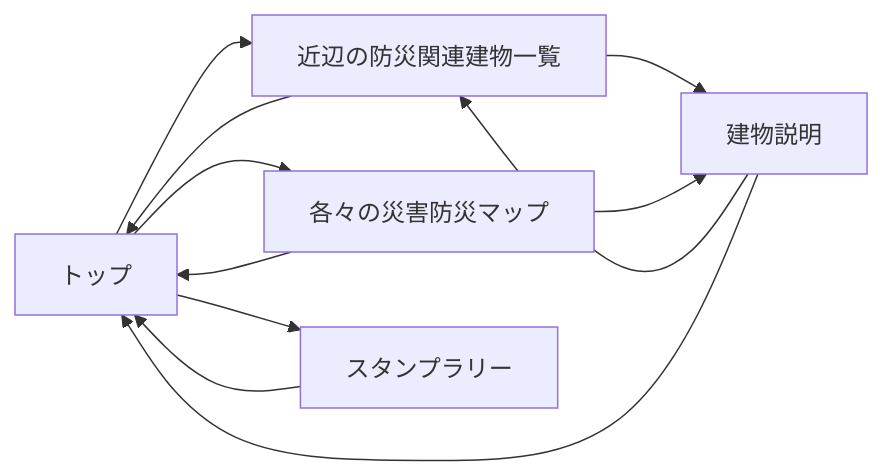
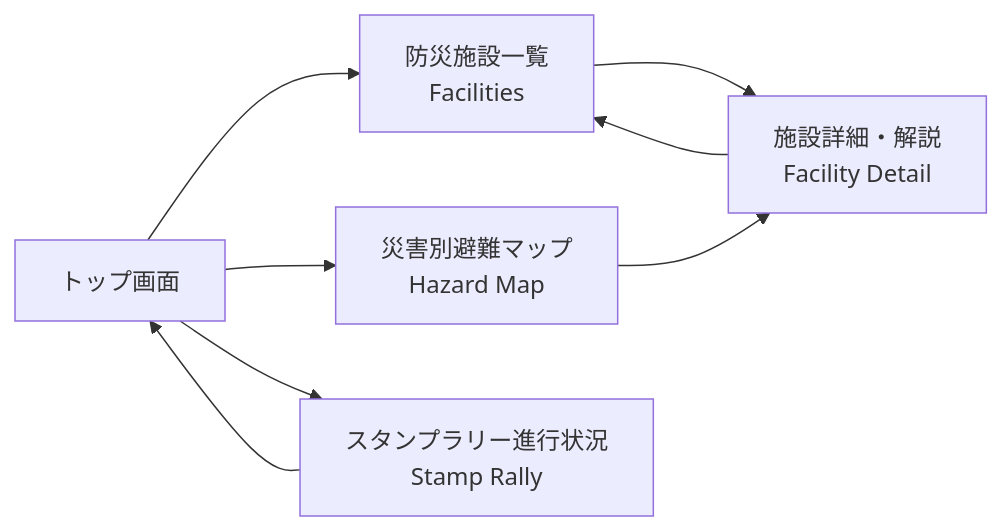
Before and after one commit to PANTHER-1112/SWEXE-Team3: the first of 2 diagrams in README.md, drawn with Mermaid. The commit also changed other lines of this file, not shown here.

````diff
--- a/README.md
+++ b/README.md
@@ -28,14 +45,12 @@
 ```mermaid
 flowchart LR
-  Top[トップ]
-  Top --> NewForm[近辺の防災関連建物一覧]
-  NewForm --> Top
-  NewForm --> BuildExplain[建物説明]
-  BuildExplain --> NewForm
-  Top --> StatusCheck[各々の災害防災マップ]
-  StatusCheck --> Top
-  StatusCheck --> BuildExplain
-  BuildExplain --> Top
-  Top --> ApprovalList[スタンプラリー]
-  ApprovalList --> Top
+  Top[トップ画面] --> Facilities[防災施設一覧<br/>Facilities]
+  Facilities --> FacilityDetail[施設詳細・解説<br/>Facility Detail]
+  FacilityDetail --> Facilities
+
+  Top --> HazardMap[災害別避難マップ<br/>Hazard Map]
+  HazardMap --> FacilityDetail
+
+  Top --> Rally[スタンプラリー進行状況<br/>Stamp Rally]
+  Rally --> Top
 ```
````
